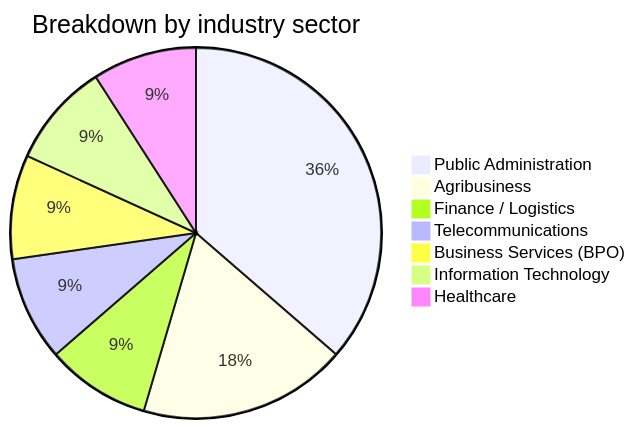
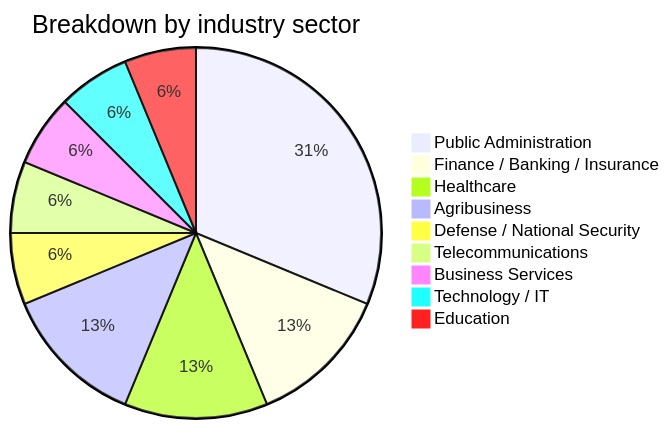
One commit to Hatchepsoute/AFRINTEL changed the second of 5 diagrams in CyberAttackAfrica/2025/04-april/README.md. Above: the diagram before and after it, drawn with Mermaid. The commit also changed other lines of this file and 255 other files, not shown here.

````diff
--- a/CyberAttackAfrica/2025/04-april/README.md
+++ b/CyberAttackAfrica/2025/04-april/README.md
@@ -60,10 +68,12 @@
 ```mermaid
 pie title Breakdown by industry sector
-    "Public Administration" : 4
+    "Public Administration" : 5
+    "Finance / Banking / Insurance" : 2
+    "Healthcare" : 2
     "Agribusiness" : 2
-    "Finance / Logistics" : 1
+    "Defense / National Security" : 1
     "Telecommunications" : 1
-    "Business Services (BPO)" : 1
-    "Information Technology" : 1
-    "Healthcare" : 1
+    "Business Services" : 1
+    "Technology / IT" : 1
+    "Education" : 1
 ```
````
